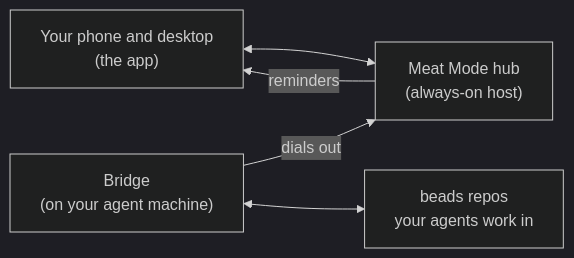
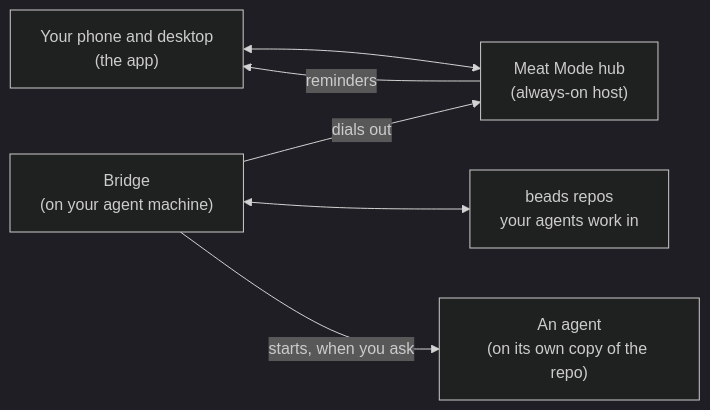
The diagram in README.md (yourfriendaaron/meat-mode), drawn with Mermaid (dark theme) before and after one commit. The commit also changed other lines of this file and 6 other files, not shown here.

````diff
--- a/README.md
+++ b/README.md
@@ -23,7 +24,8 @@
 ```mermaid
 flowchart LR
   phone["Your phone and desktop<br/>(the app)"] <--> hub["Meat Mode hub<br/>(always-on host)"]
   hub -- reminders --> phone
   bridge["Bridge<br/>(on your agent machine)"] -- dials out --> hub
   bridge <--> beads["beads repos<br/>your agents work in"]
+  bridge -- "starts, when you ask" --> agent["An agent<br/>(on its own copy of the repo)"]
 ```
````
